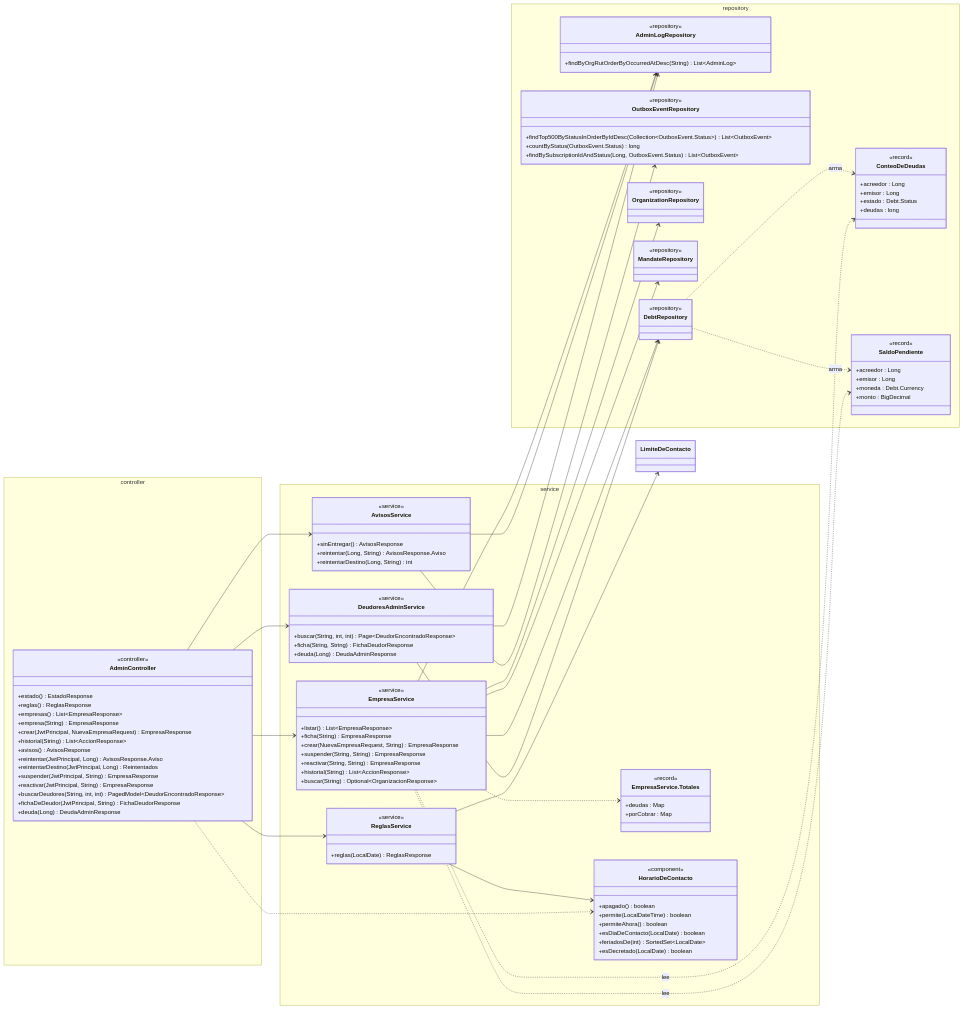
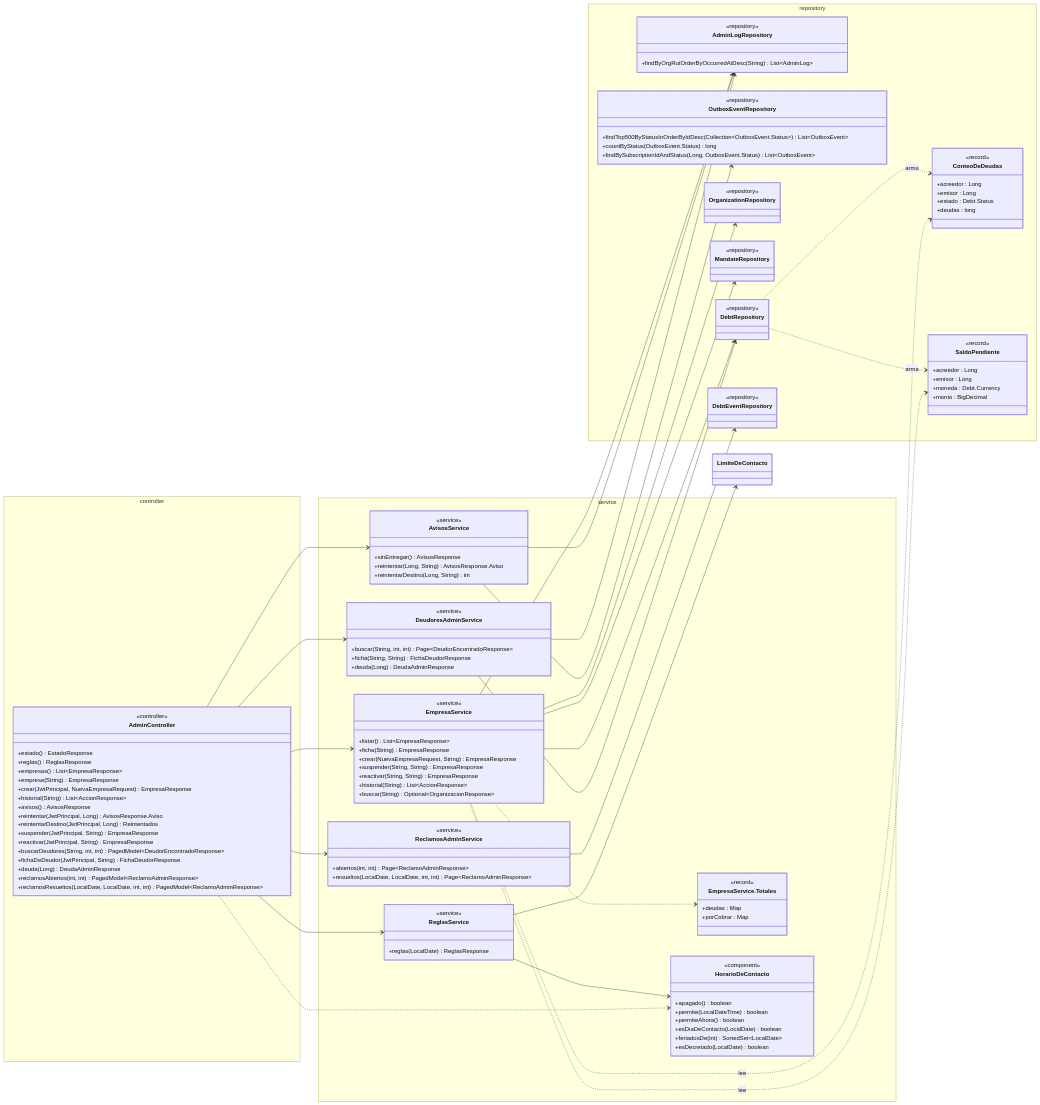
The tenth of 18 diagrams in docs/diagramas/clases.md (TechnicalBridge/DataBridge), drawn with Mermaid before and after one commit. The commit also changed other lines of this file and 14 other files, not shown here.

First line of the commit message:
feat(portal, ms-debt): ver los reclamos de todas las empresas desde el panel (#493)

```diff
--- a/docs/diagramas/clases.md
+++ b/docs/diagramas/clases.md
@@ -1883,6 +1883,8 @@
             +buscarDeudores(String, int, int) PagedModel~DeudorEncontradoResponse~
             +fichaDeDeudor(JwtPrincipal, String) FichaDeudorResponse
             +deuda(Long) DeudaAdminResponse
+            +reclamosAbiertos(int, int) PagedModel~ReclamoAdminResponse~
+            +reclamosResueltos(LocalDate, LocalDate, int, int) PagedModel~ReclamoAdminResponse~
         }
     }
     namespace service {
@@ -1891,6 +1893,11 @@
             +buscar(String, int, int) Page~DeudorEncontradoResponse~
             +ficha(String, String) FichaDeudorResponse
             +deuda(Long) DeudaAdminResponse
+        }
+        class ReclamosAdminService {
+            <<service>>
+            +abiertos(int, int) Page~ReclamoAdminResponse~
+            +resueltos(LocalDate, LocalDate, int, int) Page~ReclamoAdminResponse~
         }
         class AvisosService {
             <<service>>
@@ -1961,6 +1968,9 @@
         class DebtRepository {
             <<repository>>
         }
+        class DebtEventRepository {
+            <<repository>>
+        }
     }
     EmpresaService ..> EmpresaService_Totales
     AdminController --> EmpresaService
@@ -1970,6 +1980,8 @@
     AdminController --> DeudoresAdminService
     DeudoresAdminService --> DebtRepository
     DeudoresAdminService --> AdminLogRepository
+    AdminController --> ReclamosAdminService
+    ReclamosAdminService --> DebtEventRepository
     AvisosService --> OutboxEventRepository
     AvisosService --> AdminLogRepository
     EmpresaService --> OrganizationRepository
```
